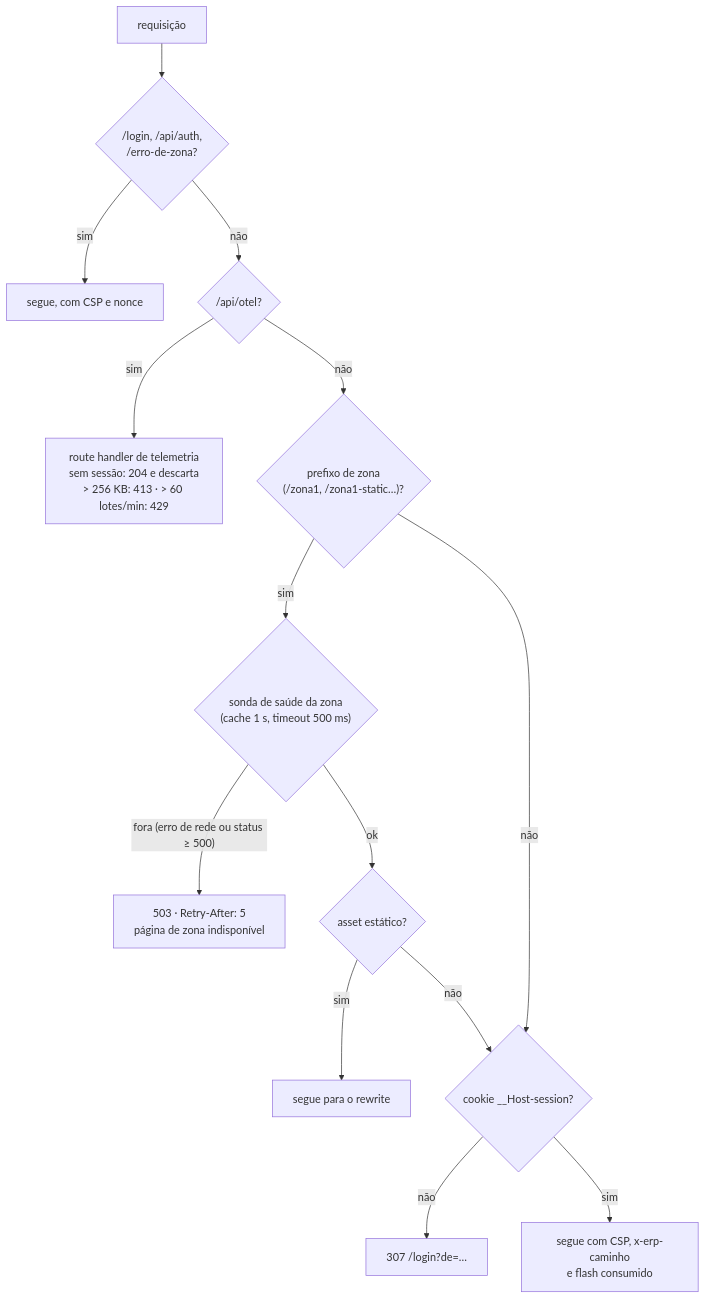
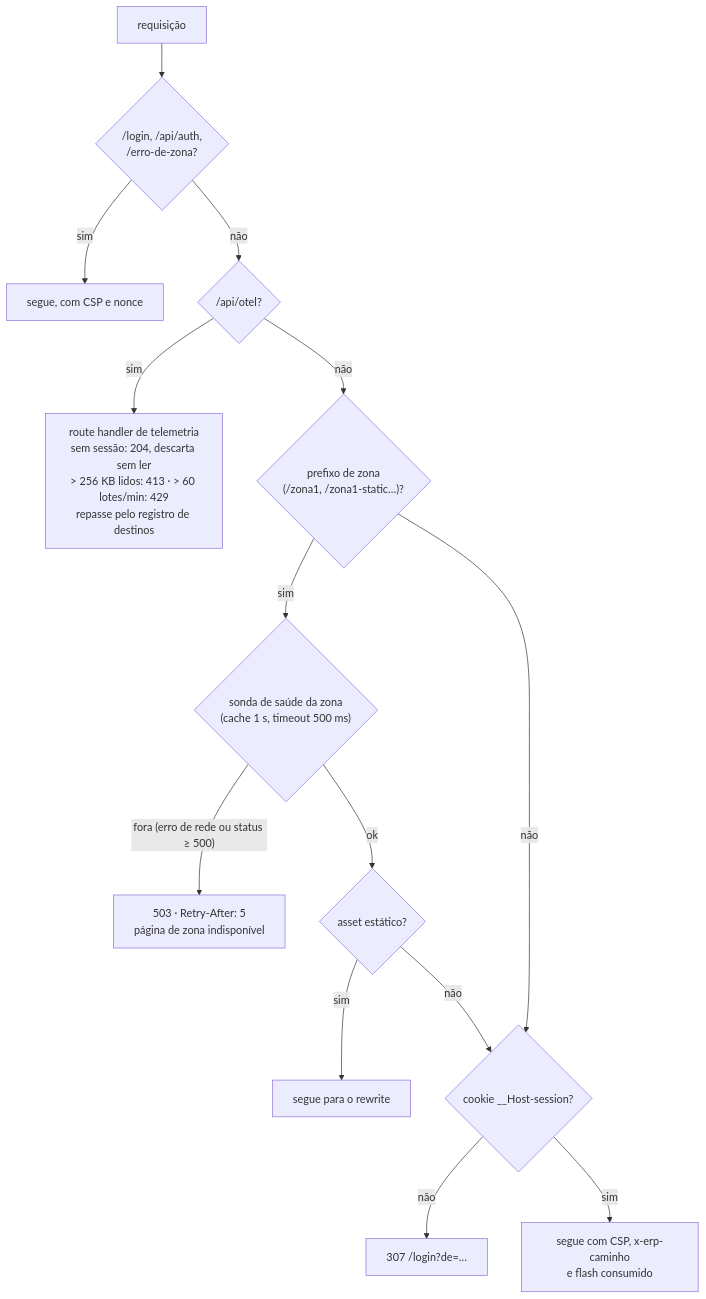
The second of 5 diagrams in docs/arquitetura/atual.md (ArtroxGabriel/nextjs-mfe), drawn with Mermaid before and after one commit. The commit also changed other lines of this file and 62 other files, not shown here.

````diff
--- a/docs/arquitetura/atual.md
+++ b/docs/arquitetura/atual.md
@@ -56,16 +56,16 @@
 ```mermaid
 flowchart TD
     R["requisição"] --> P{"/login, /api/auth,<br/>/erro-de-zona?"}
     P -- sim --> PUB["segue, com CSP e nonce"]
     P -- não --> T{"/api/otel?"}
-    T -- sim --> TEL["route handler de telemetria<br/>sem sessão: 204 e descarta<br/>> 256 KB: 413 · > 60 lotes/min: 429"]
+    T -- sim --> TEL["route handler de telemetria<br/>sem sessão: 204, descarta sem ler<br/>> 256 KB lidos: 413 · > 60 lotes/min: 429<br/>repasse pelo registro de destinos"]
     T -- não --> Z{"prefixo de zona<br/>(/zona1, /zona1-static…)?"}
     Z -- sim --> S{"sonda de saúde da zona<br/>(cache 1 s, timeout 500 ms)"}
     S -- "fora (erro de rede ou status ≥ 500)" --> E503["503 · Retry-After: 5<br/>página de zona indisponível"]
     S -- ok --> ST{"asset estático?"}
     ST -- sim --> REW["segue para o rewrite"]
     ST -- não --> C{"cookie __Host-session?"}
     Z -- não --> C
     C -- não --> L["307 /login?de=…"]
     C -- sim --> OK["segue com CSP, x-erp-caminho<br/>e flash consumido"]
 ```
````
